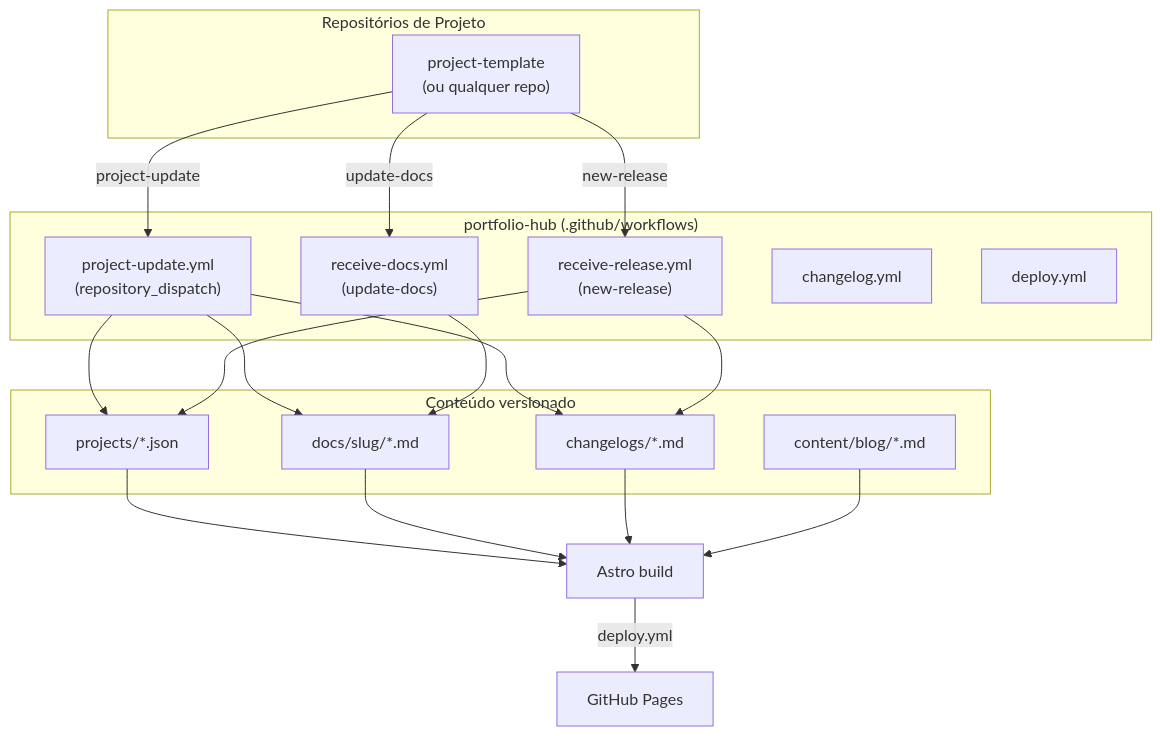
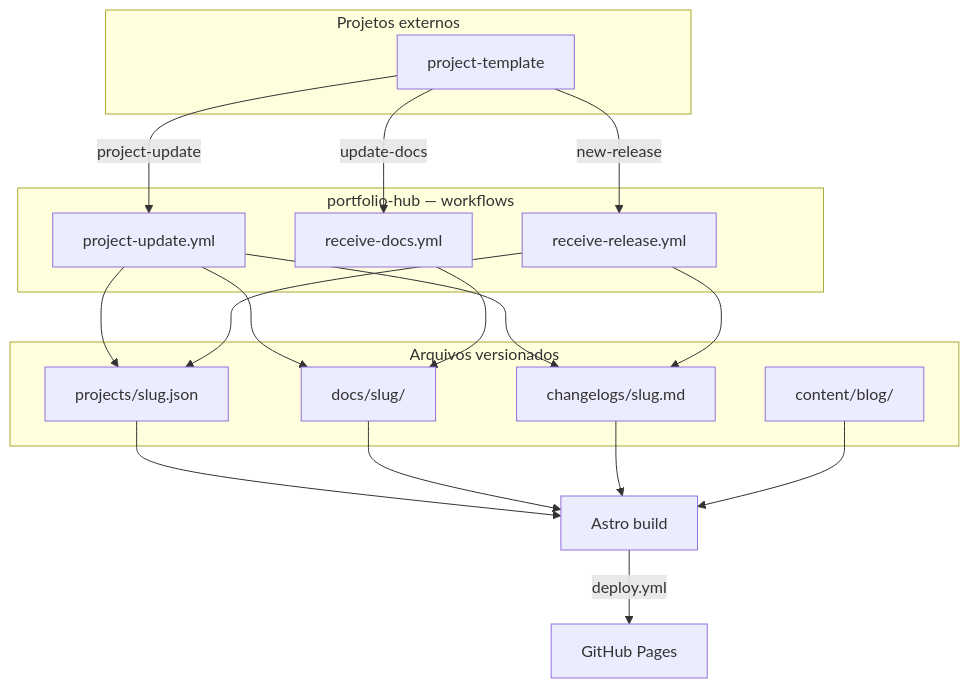
The first of 6 diagrams in docs/gitops-portfolio-lambda/architecture.md (MatheusAzevedoDev/portfolio-hub), drawn with Mermaid before and after one commit. The commit also changed other lines of this file and 11 other files, not shown here.

````diff
--- a/docs/gitops-portfolio-lambda/architecture.md
+++ b/docs/gitops-portfolio-lambda/architecture.md
@@ -12,43 +12,40 @@
 ```mermaid
 flowchart TB
-    subgraph Projetos["Repositórios de Projeto"]
-        PT["project-template\n(ou qualquer repo)"]
+    subgraph Projetos["Projetos externos"]
+        PT["project-template"]
     end
 
-    subgraph Hub["portfolio-hub (.github/workflows)"]
-        PU["project-update.yml\n(repository_dispatch)"]
-        RD["receive-docs.yml\n(update-docs)"]
-        RR["receive-release.yml\n(new-release)"]
-        CL["changelog.yml"]
-        DP["deploy.yml"]
+    subgraph Hub["portfolio-hub — workflows"]
+        PU["project-update.yml"]
+        RD["receive-docs.yml"]
+        RR["receive-release.yml"]
     end
 
-    subgraph Conteudo["Conteúdo versionado"]
-        META["projects/*.json"]
-        DOCS["docs/slug/*.md"]
-        CHANGELOGS["changelogs/*.md"]
-        BLOG["content/blog/*.md"]
+    subgraph Files["Arquivos versionados"]
+        META["projects/slug.json"]
+        DOCS["docs/slug/"]
+        CHANGELOGS["changelogs/slug.md"]
+        BLOG["content/blog/"]
     end
 
     ASTRO["Astro build"]
     PAGES["GitHub Pages"]
 
     PT -->|"project-update"| PU
     PT -->|"update-docs"| RD
     PT -->|"new-release"| RR
 
     PU --> META
     PU --> DOCS
     PU --> CHANGELOGS
-
     RD --> DOCS
     RR --> META
     RR --> CHANGELOGS
 
     META --> ASTRO
     DOCS --> ASTRO
     CHANGELOGS --> ASTRO
     BLOG --> ASTRO
 
     ASTRO -->|"deploy.yml"| PAGES
 ```
````
